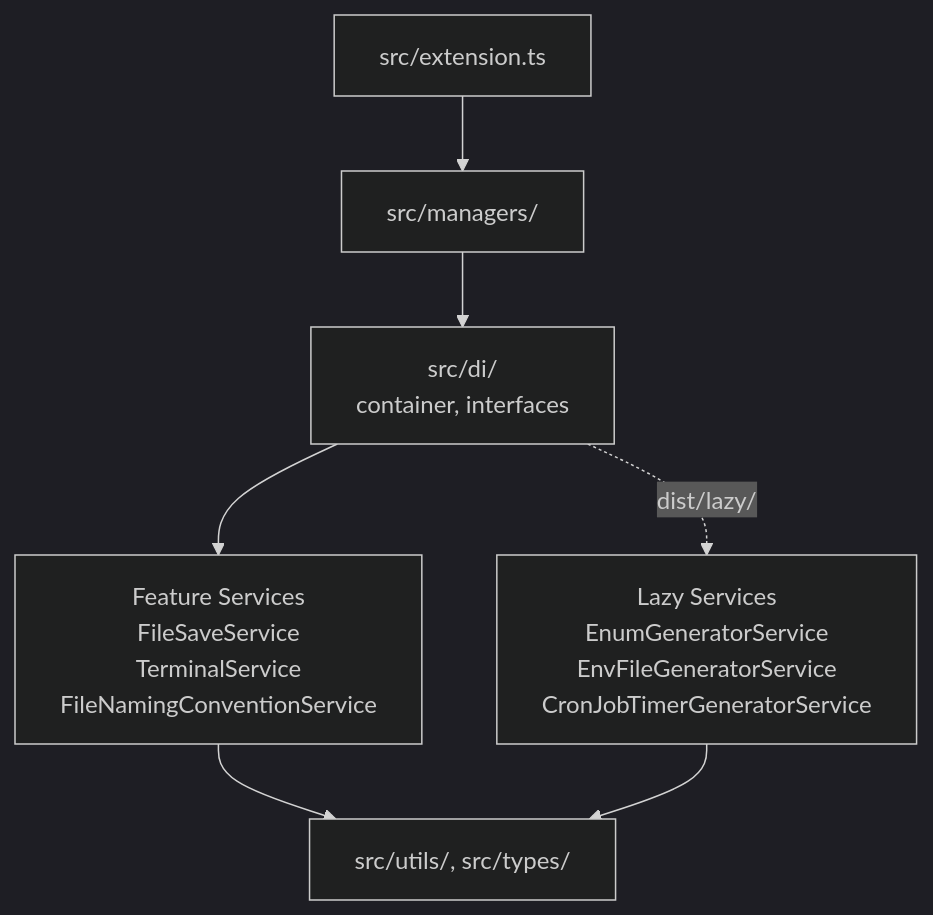
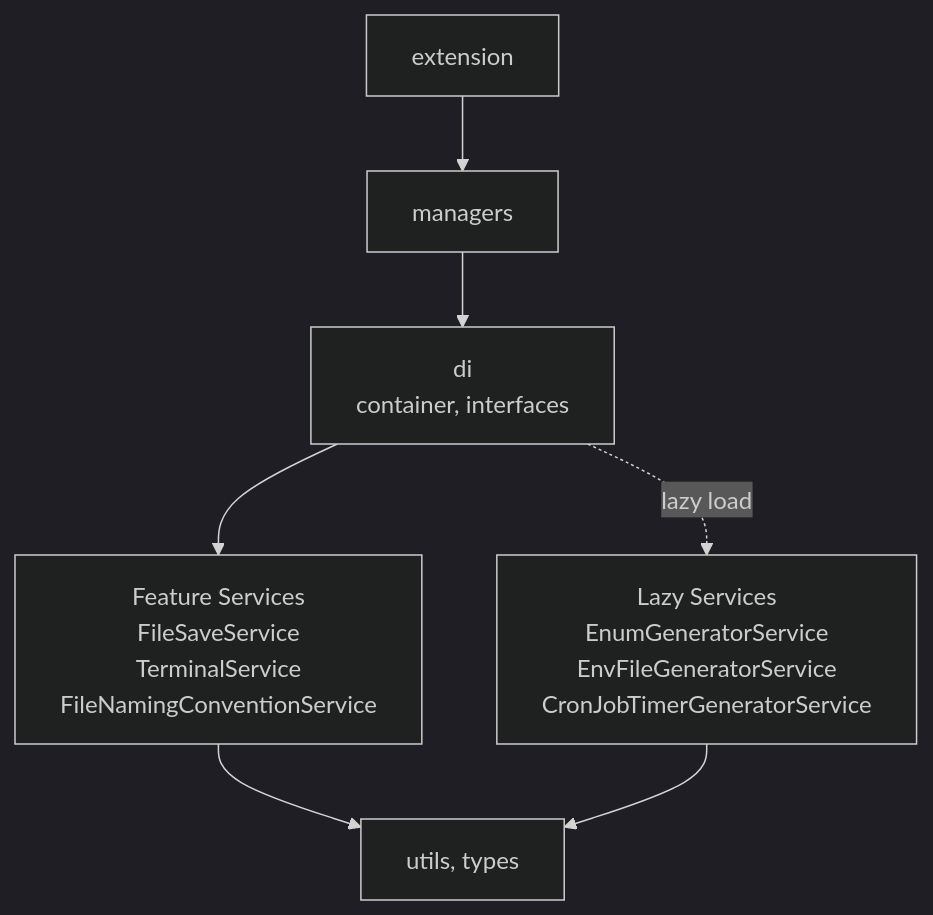
The second of 2 diagrams in AGENTS.md (Vijay431/additional-context-menus), drawn with Mermaid (dark theme) before and after one commit. The commit also changed other lines of this file and 2 other files, not shown here.

Commit message:
docs(diagrams): use casual node labels in mermaid diagrams
Drop file extensions and src/ paths from mermaid diagram nodes so
labels read as conceptual names (extension, managers, di, utils, types)
rather than file-system paths. Prose, tables, and the ASCII source tree
retain precise .ts/path naming.

````diff
--- a/AGENTS.md
+++ b/AGENTS.md
@@ -55,9 +55,9 @@
 ```mermaid
 flowchart TD
-    A["src/extension.ts"] --> B["src/managers/"]
-    B --> C["src/di/\ncontainer, interfaces"]
+    A["extension"] --> B["managers"]
+    B --> C["di\ncontainer, interfaces"]
     C --> D["Feature Services\nFileSaveService\nTerminalService\nFileNamingConventionService"]
-    C -.->|"dist/lazy/"| L["Lazy Services\nEnumGeneratorService\nEnvFileGeneratorService\nCronJobTimerGeneratorService"]
-    D --> E["src/utils/, src/types/"]
+    C -.->|"lazy load"| L["Lazy Services\nEnumGeneratorService\nEnvFileGeneratorService\nCronJobTimerGeneratorService"]
+    D --> E["utils, types"]
     L --> E
 ```
````
